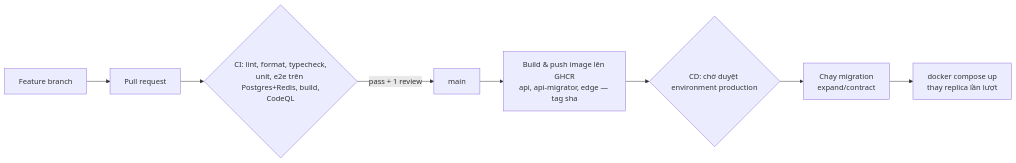
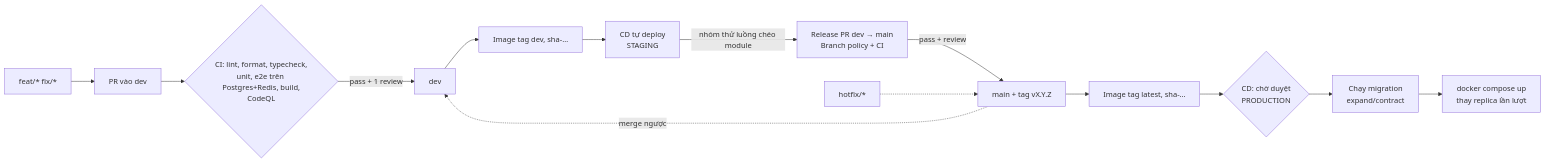
One commit to huynhthu15/HomeCare_SE405 changed the ninth of 9 diagrams in docs/architecture/system-design.md. Above: the diagram before and after it, drawn with Mermaid. The commit also changed other lines of this file and 10 other files, not shown here.

First line of the commit message:
ci: add dev branch as staging before main

````diff
--- a/docs/architecture/system-design.md
+++ b/docs/architecture/system-design.md
@@ -314,10 +314,16 @@
 ```mermaid
 flowchart LR
-  dev[Feature branch] --> pr[Pull request]
+  feat[feat/* fix/*] --> pr[PR vào dev]
   pr --> ci{CI: lint, format, typecheck,\nunit, e2e trên Postgres+Redis, build,\nCodeQL}
-  ci -->|pass + 1 review| main[main]
-  main --> img[Build & push image lên GHCR\napi, api-migrator, edge — tag sha]
-  img --> cd{CD: chờ duyệt environment production}
+  ci -->|pass + 1 review| dev[dev]
+  dev --> imgS[Image tag dev, sha-…]
+  imgS --> stg[CD tự deploy\nSTAGING]
+  stg -->|nhóm thử luồng chéo module| rel[Release PR dev → main\nBranch policy + CI]
+  rel -->|pass + review| main[main + tag vX.Y.Z]
+  main --> imgP[Image tag latest, sha-…]
+  imgP --> cd{CD: chờ duyệt\nPRODUCTION}
   cd --> mig[Chạy migration\nexpand/contract]
   mig --> roll[docker compose up\nthay replica lần lượt]
+  hot[hotfix/*] -.-> main
+  main -.->|merge ngược| dev
 ```
````
